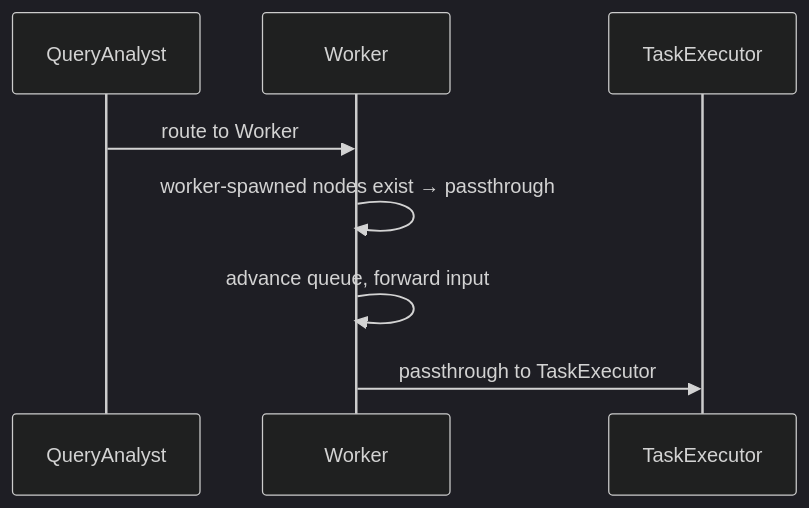
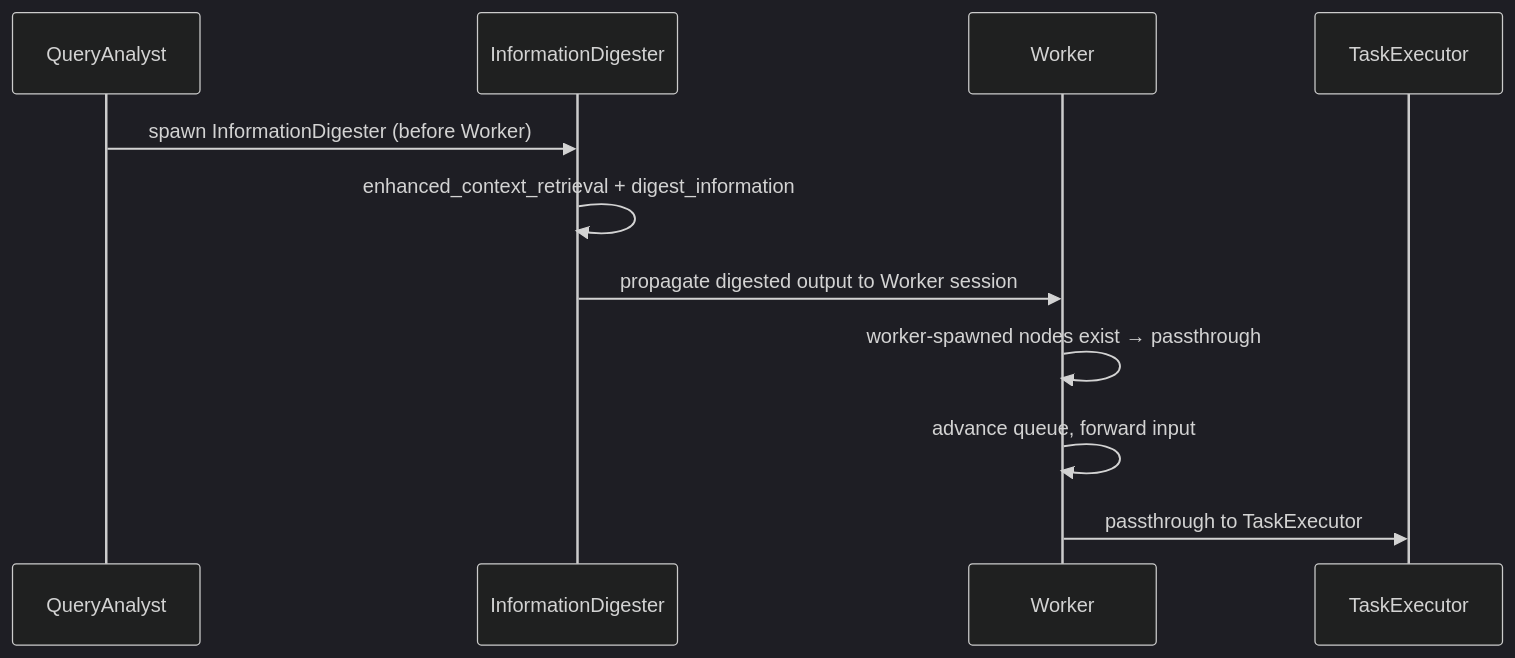
Before and after one commit to VJyzCELERY/TINYCUA: the seventh of 17 diagrams in src/tinycua/docs/design/loops/expected_scenarios.md, drawn with Mermaid (dark theme). The commit also changed other lines of this file and 5 other files, not shown here.

First line of the commit message:
fix(design): spawn InformationDigester before WorkerNode for better routing context (#117)

````diff
--- a/src/tinycua/docs/design/loops/expected_scenarios.md
+++ b/src/tinycua/docs/design/loops/expected_scenarios.md
@@ -201,11 +208,14 @@
 ```mermaid
 sequenceDiagram
     participant QA as QueryAnalyst
+    participant ID as InformationDigester
     participant W as Worker
     participant TE as TaskExecutor
 
-    QA->>W: route to Worker
+    QA->>ID: spawn InformationDigester (before Worker)
+    ID->>ID: enhanced_context_retrieval + digest_information
+    ID->>W: propagate digested output to Worker session
     W->>W: worker-spawned nodes exist → passthrough
     W->>W: advance queue, forward input
     W->>TE: passthrough to TaskExecutor
 ```
````
